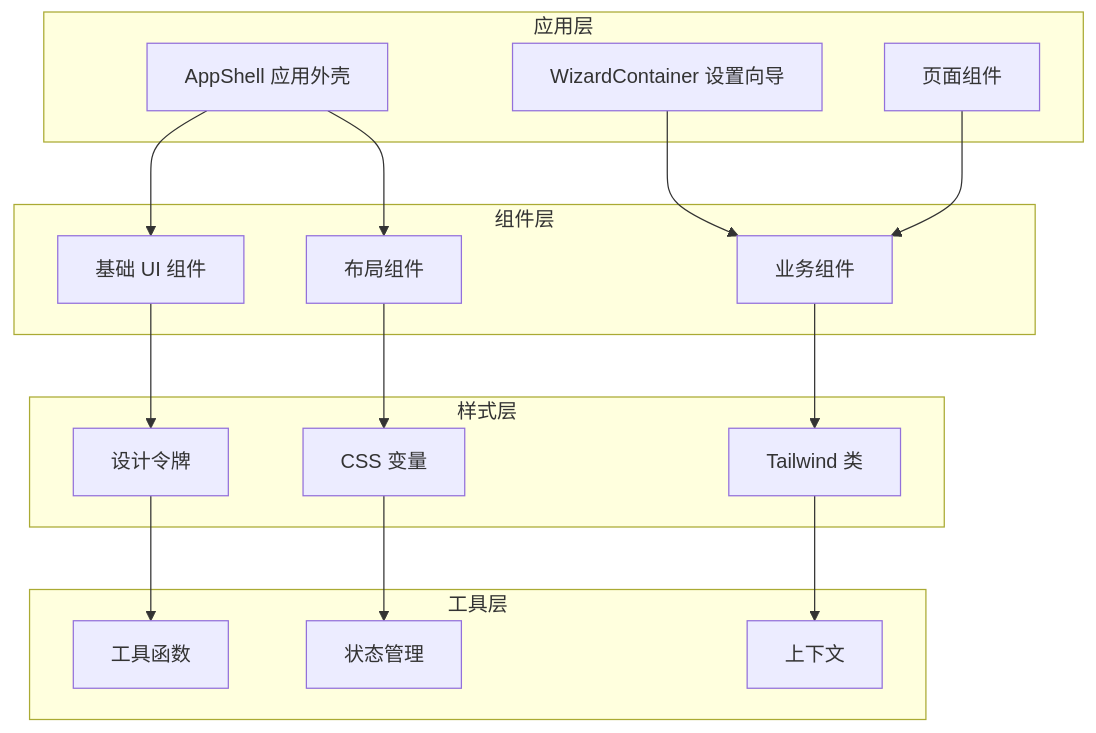
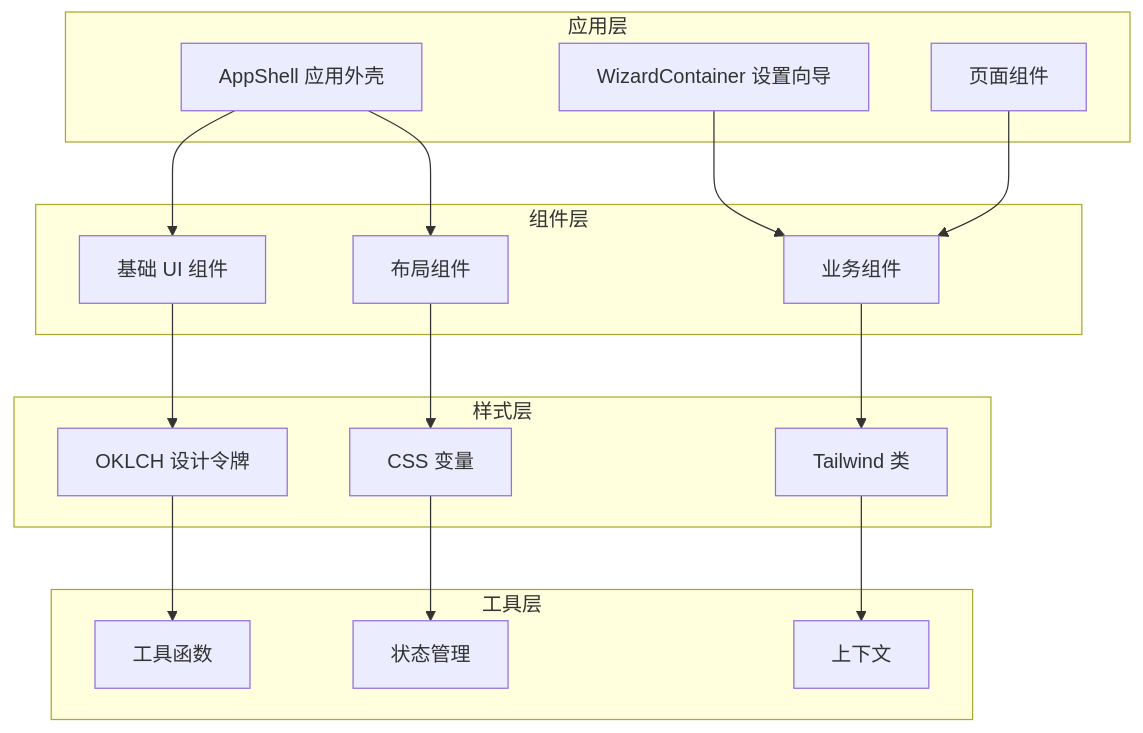
Before and after one commit to verse-ai-org/openclaw: the fourth of 9 diagrams in .qoder/repowiki/zh/content/Web界面/设计系统规范.md, drawn with Mermaid. The commit also changed other lines of this file and 13 other files, not shown here.

````diff
--- a/.qoder/repowiki/zh/content/Web界面/设计系统规范.md
+++ b/.qoder/repowiki/zh/content/Web界面/设计系统规范.md
@@ -150,33 +156,33 @@
 ```mermaid
 graph TB
 subgraph "应用层"
 A[AppShell 应用外壳]
 B[WizardContainer 设置向导]
 C[页面组件]
 end
 subgraph "组件层"
 D[基础 UI 组件]
 E[布局组件]
 F[业务组件]
 end
 subgraph "样式层"
-G[设计令牌]
+G[OKLCH 设计令牌]
 H[CSS 变量]
 I[Tailwind 类]
 end
 subgraph "工具层"
 J[工具函数]
 K[状态管理]
 L[上下文]
 end
 A --> D
 A --> E
 B --> F
 C --> F
 D --> G
 E --> H
 F --> I
 G --> J
 H --> K
 I --> L
 ```
````
